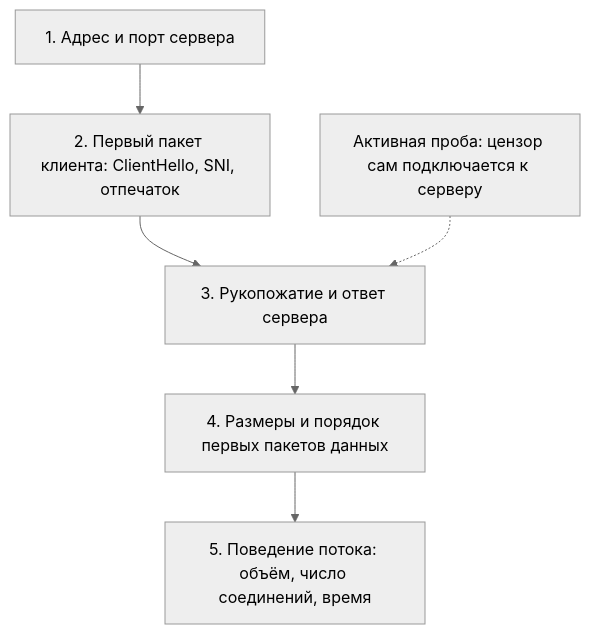
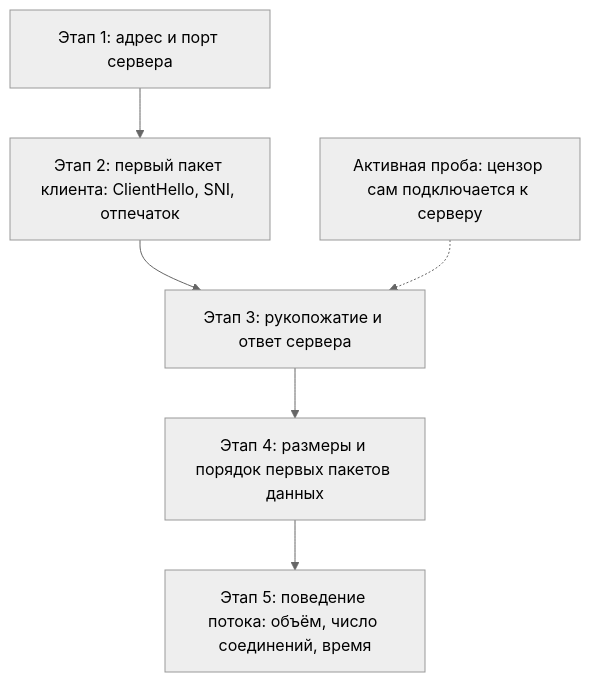
One commit to zapret-discordyoutube/todo changed the third of 3 diagrams in xray-core/vless-protocol.md. Above: the diagram before and after it, drawn with Mermaid (neutral theme).

Commit message:
Xray: схема в разделе о DPI не отрисовывалась: подписи узлов начинались с «1.»
Mermaid трактовал «1. …» как список Markdown и показывал «Unsupported markdown: list». Вместо номеров с точкой в подписях стоят «Этап 1:» и так далее.

````diff
--- a/xray-core/vless-protocol.md
+++ b/xray-core/vless-protocol.md
@@ -723,8 +723,8 @@
 ```mermaid
 flowchart TD
-A["1. Адрес и порт сервера"] --> B["2. Первый пакет клиента: ClientHello, SNI, отпечаток"]
-B --> C["3. Рукопожатие и ответ сервера"]
-C --> D["4. Размеры и порядок первых пакетов данных"]
-D --> E["5. Поведение потока: объём, число соединений, время"]
+A["Этап 1: адрес и порт сервера"] --> B["Этап 2: первый пакет клиента: ClientHello, SNI, отпечаток"]
+B --> C["Этап 3: рукопожатие и ответ сервера"]
+C --> D["Этап 4: размеры и порядок первых пакетов данных"]
+D --> E["Этап 5: поведение потока: объём, число соединений, время"]
 Z["Активная проба: цензор сам подключается к серверу"] -.-> C
 ```
````
